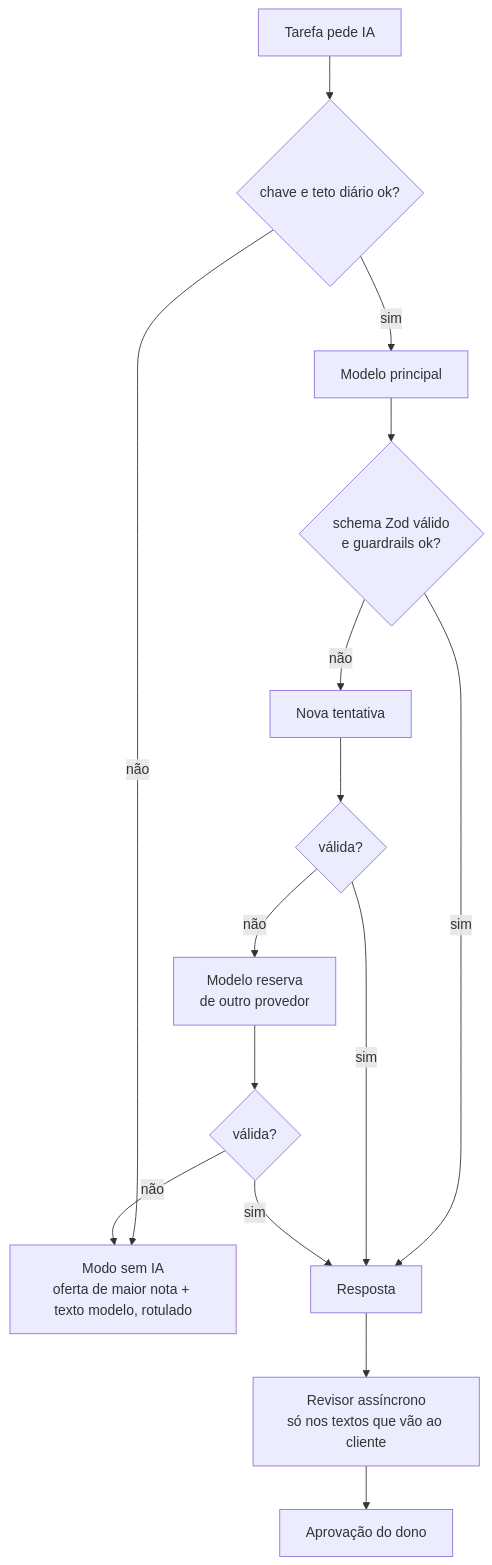
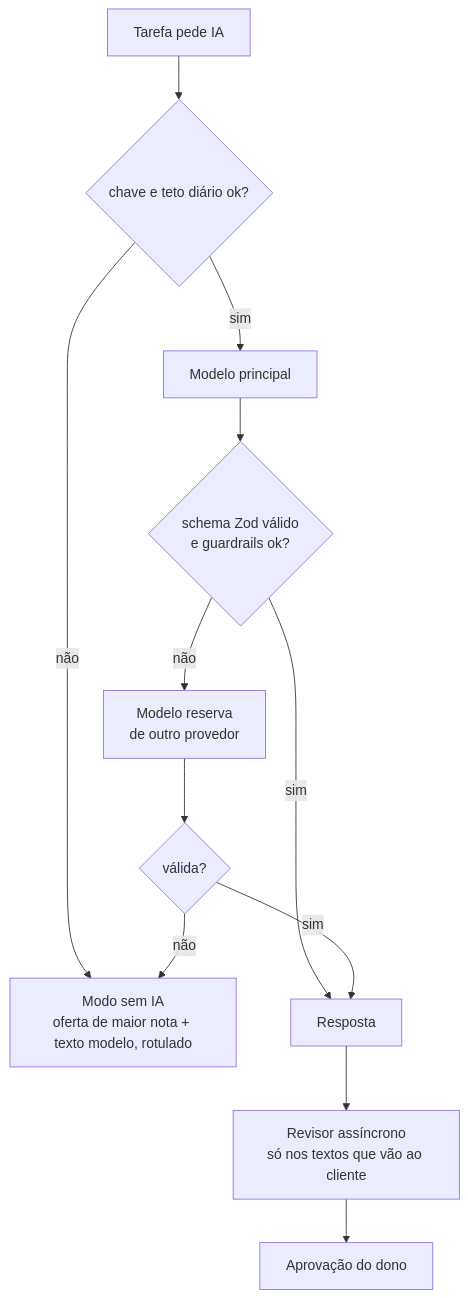
The first of 2 diagrams in docs/ia-no-produto.md (mateusferrao/comer-fora-no-salao), drawn with Mermaid before and after one commit. The commit also changed other lines of this file and 16 other files, not shown here.

````diff
--- a/docs/ia-no-produto.md
+++ b/docs/ia-no-produto.md
@@ -28,17 +28,14 @@
 ```mermaid
 flowchart TD
   T[Tarefa pede IA] --> K{chave e teto diário ok?}
   K -->|não| SEM[Modo sem IA<br/>oferta de maior nota + texto modelo, rotulado]
   K -->|sim| M1[Modelo principal]
   M1 --> V1{schema Zod válido<br/>e guardrails ok?}
   V1 -->|sim| OK[Resposta]
-  V1 -->|não| R1[Nova tentativa]
-  R1 --> V2{válida?}
-  V2 -->|sim| OK
-  V2 -->|não| M2[Modelo reserva<br/>de outro provedor]
+  V1 -->|não| M2[Modelo reserva<br/>de outro provedor]
   M2 --> V3{válida?}
   V3 -->|sim| OK
   V3 -->|não| SEM
   OK --> REV[Revisor assíncrono<br/>só nos textos que vão ao cliente]
   REV --> DONO[Aprovação do dono]
 ```
````
